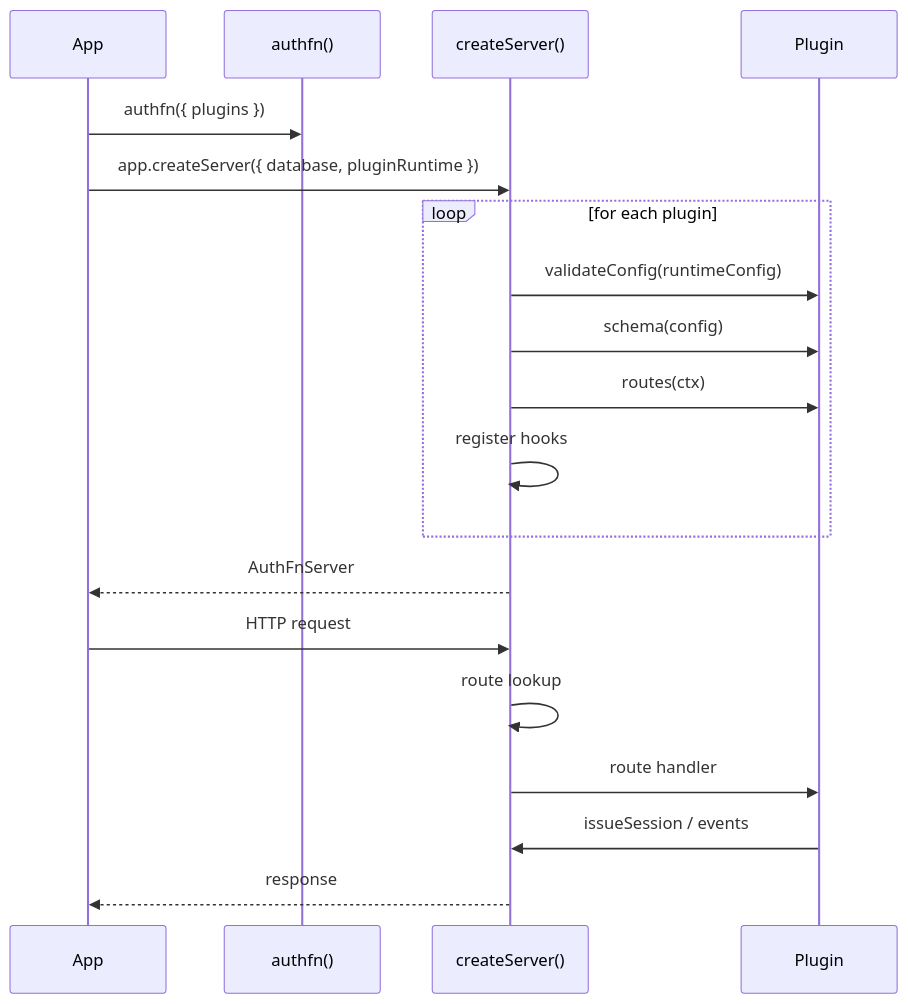
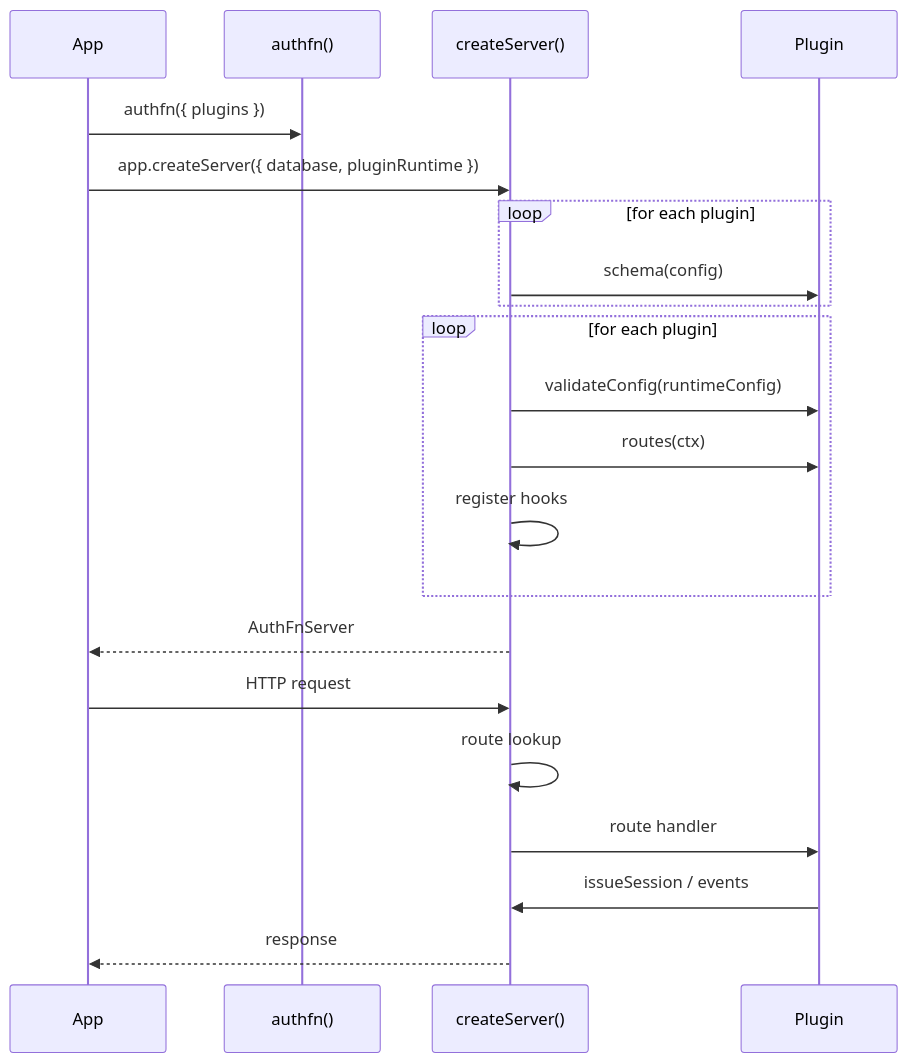
Before and after one commit to 21nCo/super-functions: the diagram in authfn/docs/content/docs/core-concepts/plugins.md, drawn with Mermaid. The commit also changed other lines of this file and 7 other files, not shown here.

````diff
--- a/authfn/docs/content/docs/core-concepts/plugins.md
+++ b/authfn/docs/content/docs/core-concepts/plugins.md
@@ -48,23 +48,25 @@
 ```mermaid
 sequenceDiagram
   participant App
   participant Declare as authfn()
   participant Server as createServer()
   participant P as Plugin
 
   App->>Declare: authfn({ plugins })
   App->>Server: app.createServer({ database, pluginRuntime })
   loop for each plugin
+    Server->>P: schema(config)
+  end
+  loop for each plugin
     Server->>P: validateConfig(runtimeConfig)
-    Server->>P: schema(config)
     Server->>P: routes(ctx)
     Server->>Server: register hooks
   end
   Server-->>App: AuthFnServer
 
   App->>Server: HTTP request
   Server->>Server: route lookup
   Server->>P: route handler
   P->>Server: issueSession / events
   Server-->>App: response
 ```
````
